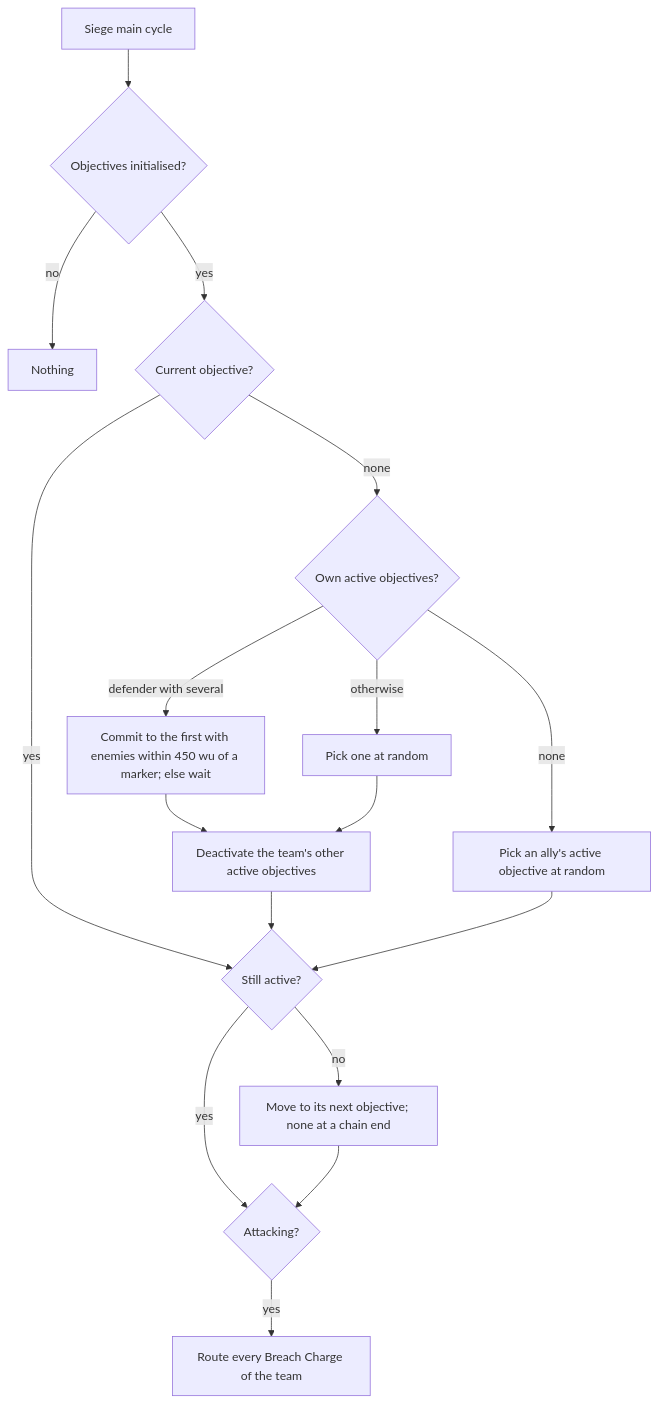
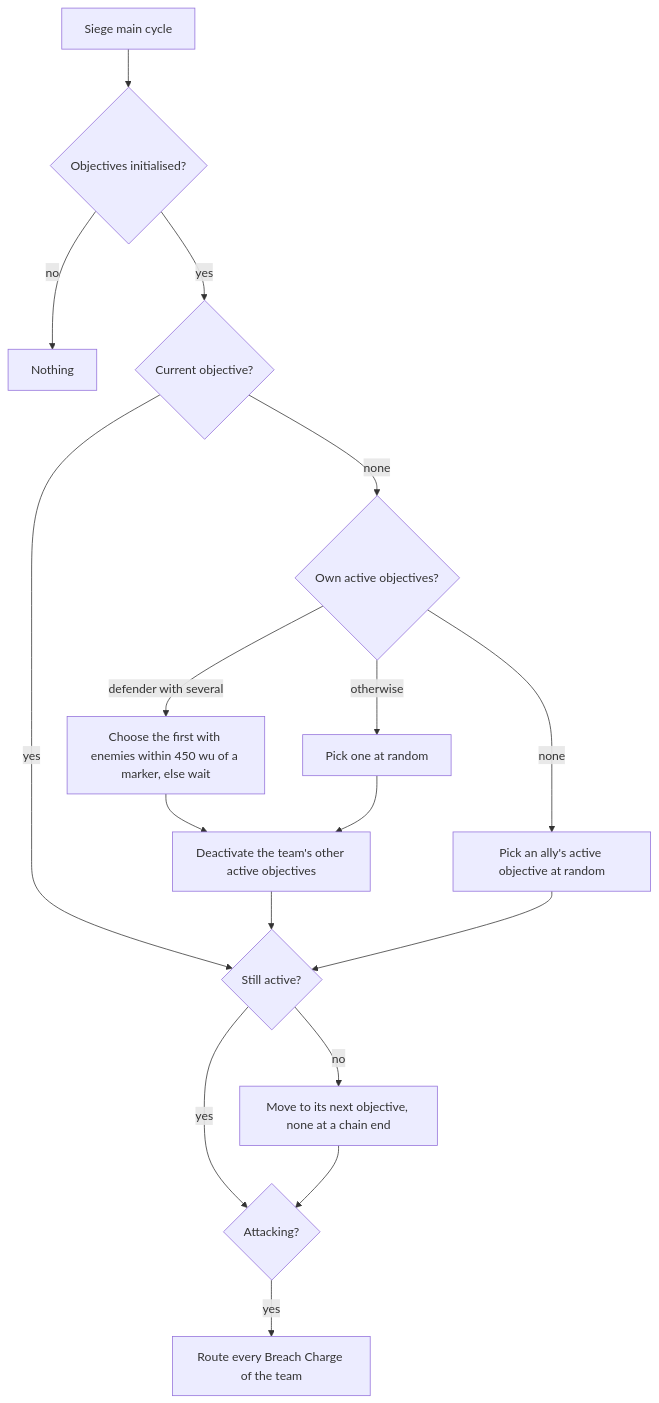
Before and after one commit to Zwaliebaba/Species.AI: the second of 2 diagrams in design_next/reference/07_bots/05_mode_strategies_and_tutorials.md, drawn with Mermaid. The commit also changed other lines of this file and 18 other files, not shown here.

````diff
--- a/design_next/reference/07_bots/05_mode_strategies_and_tutorials.md
+++ b/design_next/reference/07_bots/05_mode_strategies_and_tutorials.md
@@ -177,19 +177,19 @@
 ```mermaid
 flowchart TD
     C["Siege main cycle"] --> I{"Objectives initialised?"}
     I -->|no| E["Nothing"]
     I -->|yes| H{"Current objective?"}
     H -->|none| M{"Own active objectives?"}
-    M -->|"defender with several"| W["Commit to the first with enemies within 450 wu of a marker; else wait"]
+    M -->|"defender with several"| W["Choose the first with enemies within 450 wu of a marker, else wait"]
     M -->|"otherwise"| R["Pick one at random"]
     M -->|"none"| AL["Pick an ally's active objective at random"]
     W --> D["Deactivate the team's other active objectives"]
     R --> D
     H -->|yes| N{"Still active?"}
     D --> N
     AL --> N
-    N -->|no| X["Move to its next objective; none at a chain end"]
+    N -->|no| X["Move to its next objective, none at a chain end"]
     N -->|yes| B{"Attacking?"}
     X --> B
     B -->|yes| BC["Route every Breach Charge of the team"]
 ```
````
